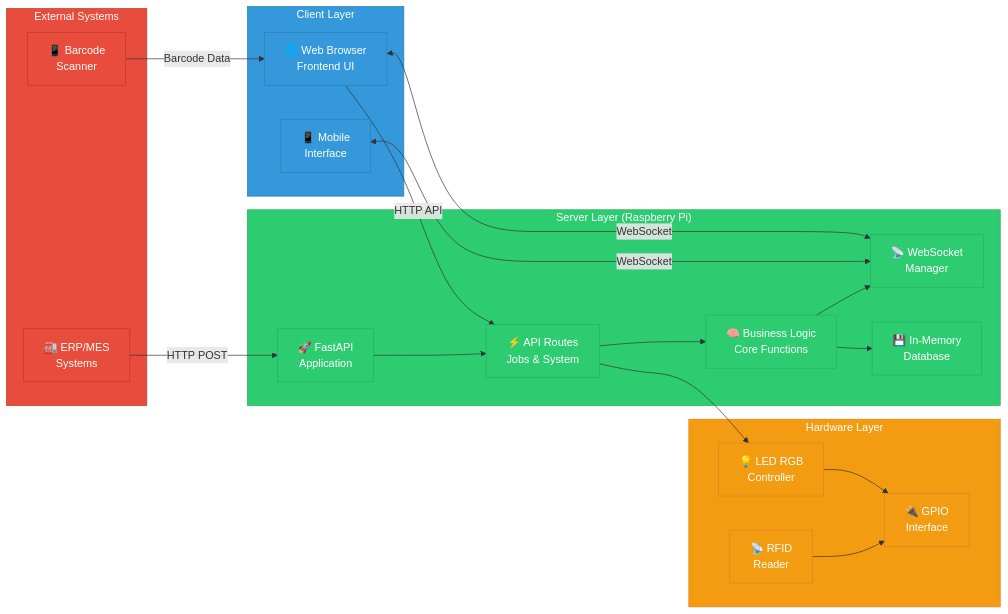
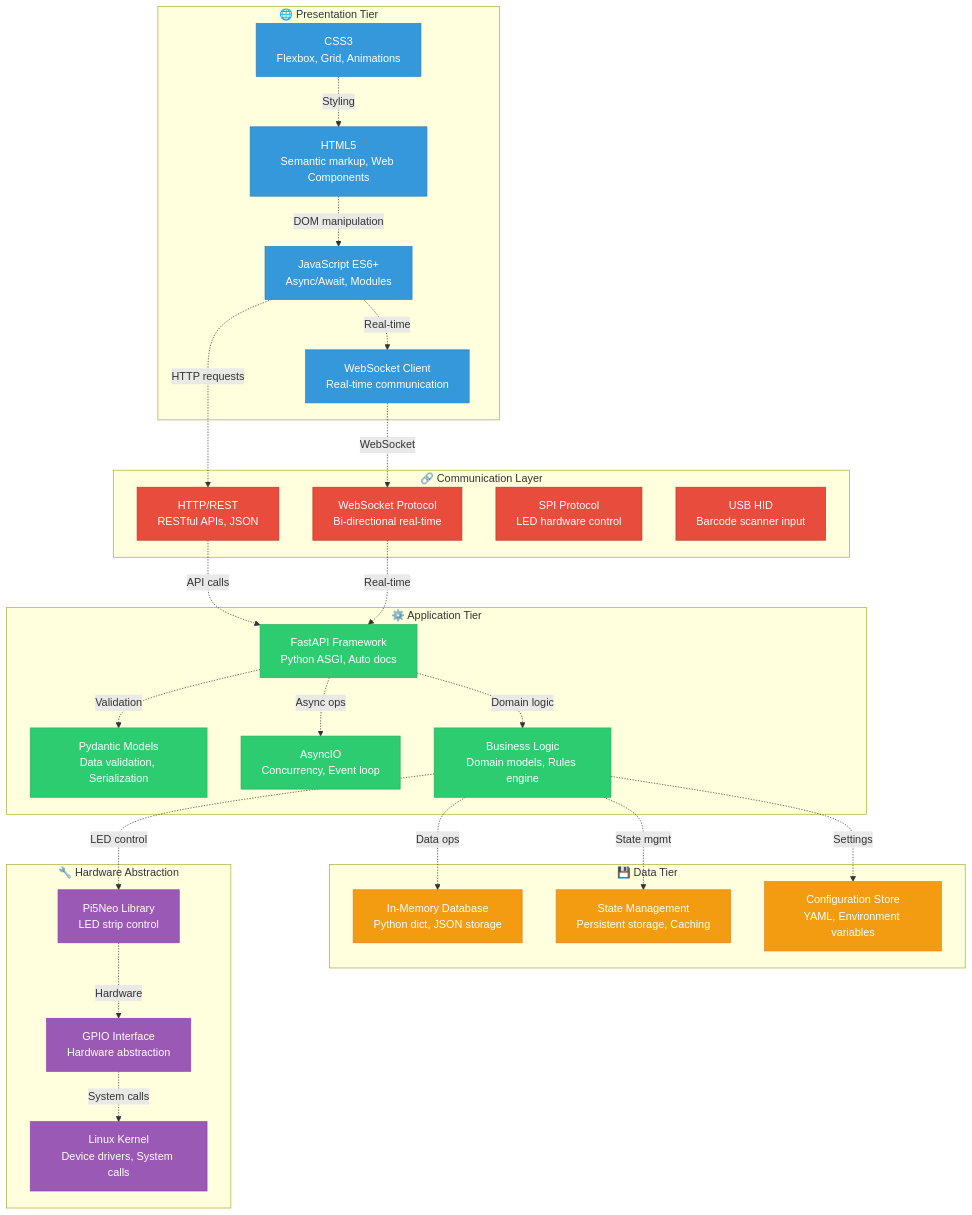
One commit to Krittapas2546/RFID-smart-shelf changed the fifth of 16 diagrams in README.md. Above: the diagram before and after it, drawn with Mermaid. The commit also changed other lines of this file, not shown here.

````diff
--- a/README.md
+++ b/README.md
@@ -91,50 +200,68 @@
 ```mermaid
-flowchart LR
-    subgraph EXT["External Systems"]
-        ERP["🏭 ERP/MES<br/>Systems"]
-        SCANNER["📱 Barcode<br/>Scanner"]
+graph TB
+    subgraph "🌐 Presentation Tier"
+        HTML5[HTML5<br/>Semantic markup, Web Components]
+        CSS3[CSS3<br/>Flexbox, Grid, Animations]  
+        JS[JavaScript ES6+<br/>Async/Await, Modules]
+        WS_CLIENT[WebSocket Client<br/>Real-time communication]
     end
     
-    subgraph CLIENT["Client Layer"]
-        BROWSER["🌐 Web Browser<br/>Frontend UI"]
-        MOBILE["📱 Mobile<br/>Interface"]
+    subgraph "🔗 Communication Layer"
+        HTTP[HTTP/REST<br/>RESTful APIs, JSON]
+        WEBSOCKET[WebSocket Protocol<br/>Bi-directional real-time]
+        SPI[SPI Protocol<br/>LED hardware control]
+        USB[USB HID<br/>Barcode scanner input]
     end
     
-    subgraph SERVER["Server Layer (Raspberry Pi)"]
-        FASTAPI["🚀 FastAPI<br/>Application"]
-        ROUTER["⚡ API Routes<br/>Jobs & System"]
-        WEBSOCKET["📡 WebSocket<br/>Manager"]
-        BUSINESS["🧠 Business Logic<br/>Core Functions"]
-        DATABASE["💾 In-Memory<br/>Database"]
+    subgraph "⚙️ Application Tier"
+        FASTAPI[FastAPI Framework<br/>Python ASGI, Auto docs]
+        PYDANTIC[Pydantic Models<br/>Data validation, Serialization]  
+        ASYNCIO[AsyncIO<br/>Concurrency, Event loop]
+        BUSINESS[Business Logic<br/>Domain models, Rules engine]
     end
     
-    subgraph HARDWARE["Hardware Layer"]
-        LED["💡 LED RGB<br/>Controller"]
-        GPIO["🔌 GPIO<br/>Interface"]
-        RFID["📡 RFID<br/>Reader"]
+    subgraph "💾 Data Tier"
+        MEMORY[In-Memory Database<br/>Python dict, JSON storage]
+        STATE[State Management<br/>Persistent storage, Caching]
+        CONFIG[Configuration Store<br/>YAML, Environment variables]
     end
     
-    ERP -->|HTTP POST| FASTAPI
-    SCANNER -->|Barcode Data| BROWSER
-    BROWSER <-->|WebSocket| WEBSOCKET
-    BROWSER -->|HTTP API| ROUTER
-    MOBILE <-->|WebSocket| WEBSOCKET
+    subgraph "🔧 Hardware Abstraction"
+        PI5NEO[Pi5Neo Library<br/>LED strip control]
+        GPIO[GPIO Interface<br/>Hardware abstraction]
+        LINUX[Linux Kernel<br/>Device drivers, System calls]
+    end
     
-    FASTAPI --> ROUTER
-    ROUTER --> BUSINESS
-    BUSINESS --> DATABASE
-    BUSINESS --> WEBSOCKET
-    ROUTER --> LED
-    LED --> GPIO
-    RFID --> GPIO
+    HTML5 -.->|DOM manipulation| JS
+    CSS3 -.->|Styling| HTML5
+    JS -.->|Real-time| WS_CLIENT
     
-    classDef external fill:#e74c3c,stroke:#c0392b,color:#fff
-    classDef client fill:#3498db,stroke:#2980b9,color:#fff
-    classDef server fill:#2ecc71,stroke:#27ae60,color:#fff
-    classDef hardware fill:#f39c12,stroke:#e67e22,color:#fff
+    WS_CLIENT -.->|WebSocket| WEBSOCKET
+    JS -.->|HTTP requests| HTTP
     
-    class EXT,ERP,SCANNER external
-    class CLIENT,BROWSER,MOBILE client
-    class SERVER,FASTAPI,ROUTER,WEBSOCKET,BUSINESS,DATABASE server
-    class HARDWARE,LED,GPIO,RFID hardware
+    HTTP -.->|API calls| FASTAPI
+    WEBSOCKET -.->|Real-time| FASTAPI
+    FASTAPI -.->|Validation| PYDANTIC
+    FASTAPI -.->|Async ops| ASYNCIO
+    FASTAPI -.->|Domain logic| BUSINESS
+    
+    BUSINESS -.->|Data ops| MEMORY
+    BUSINESS -.->|State mgmt| STATE
+    BUSINESS -.->|Settings| CONFIG
+    
+    BUSINESS -.->|LED control| PI5NEO
+    PI5NEO -.->|Hardware| GPIO
+    GPIO -.->|System calls| LINUX
+    
+    classDef presentation fill:#3498db,stroke:#2980b9,color:#fff
+    classDef communication fill:#e74c3c,stroke:#c0392b,color:#fff  
+    classDef application fill:#2ecc71,stroke:#27ae60,color:#fff
+    classDef data fill:#f39c12,stroke:#e67e22,color:#fff
+    classDef hardware fill:#9b59b6,stroke:#8e44ad,color:#fff
+    
+    class HTML5,CSS3,JS,WS_CLIENT presentation
+    class HTTP,WEBSOCKET,SPI,USB communication
+    class FASTAPI,PYDANTIC,ASYNCIO,BUSINESS application
+    class MEMORY,STATE,CONFIG data
+    class PI5NEO,GPIO,LINUX hardware
 ```
````
